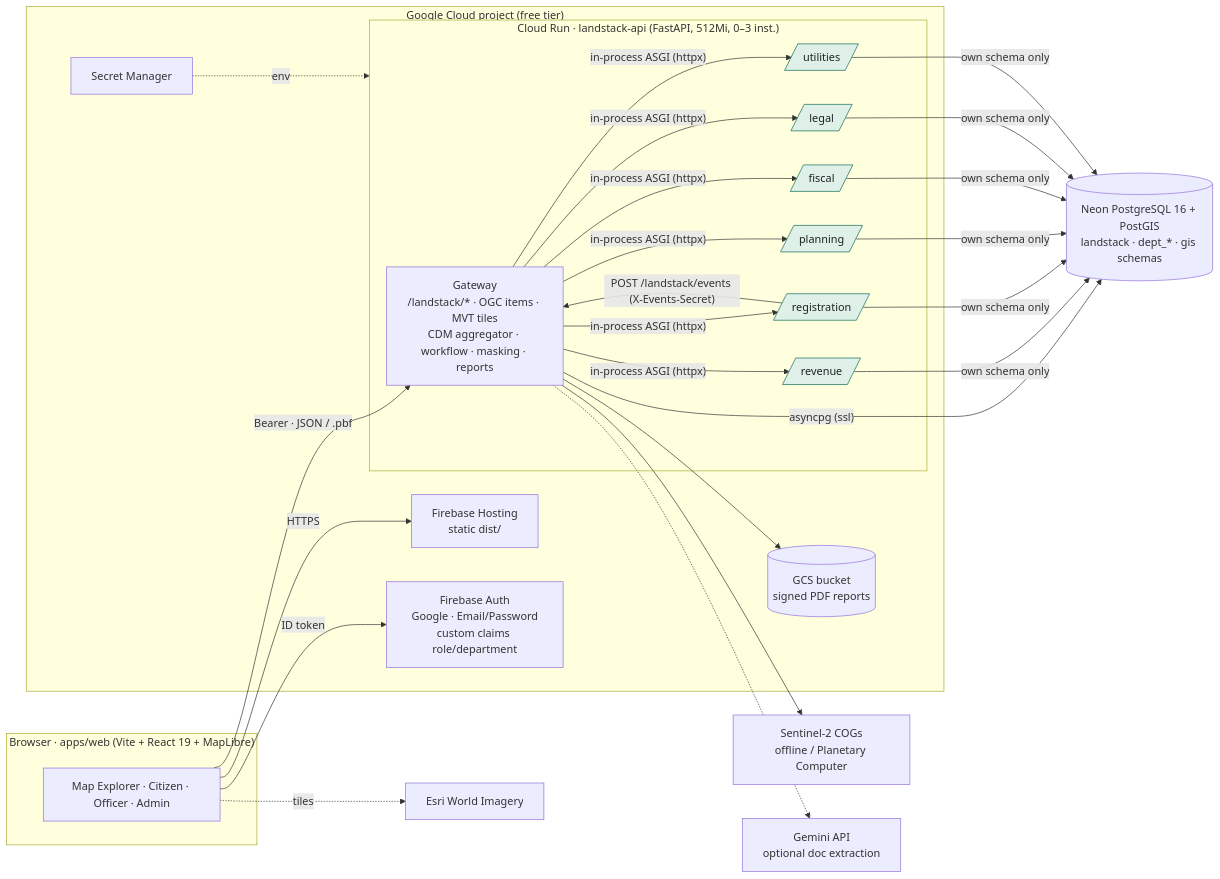
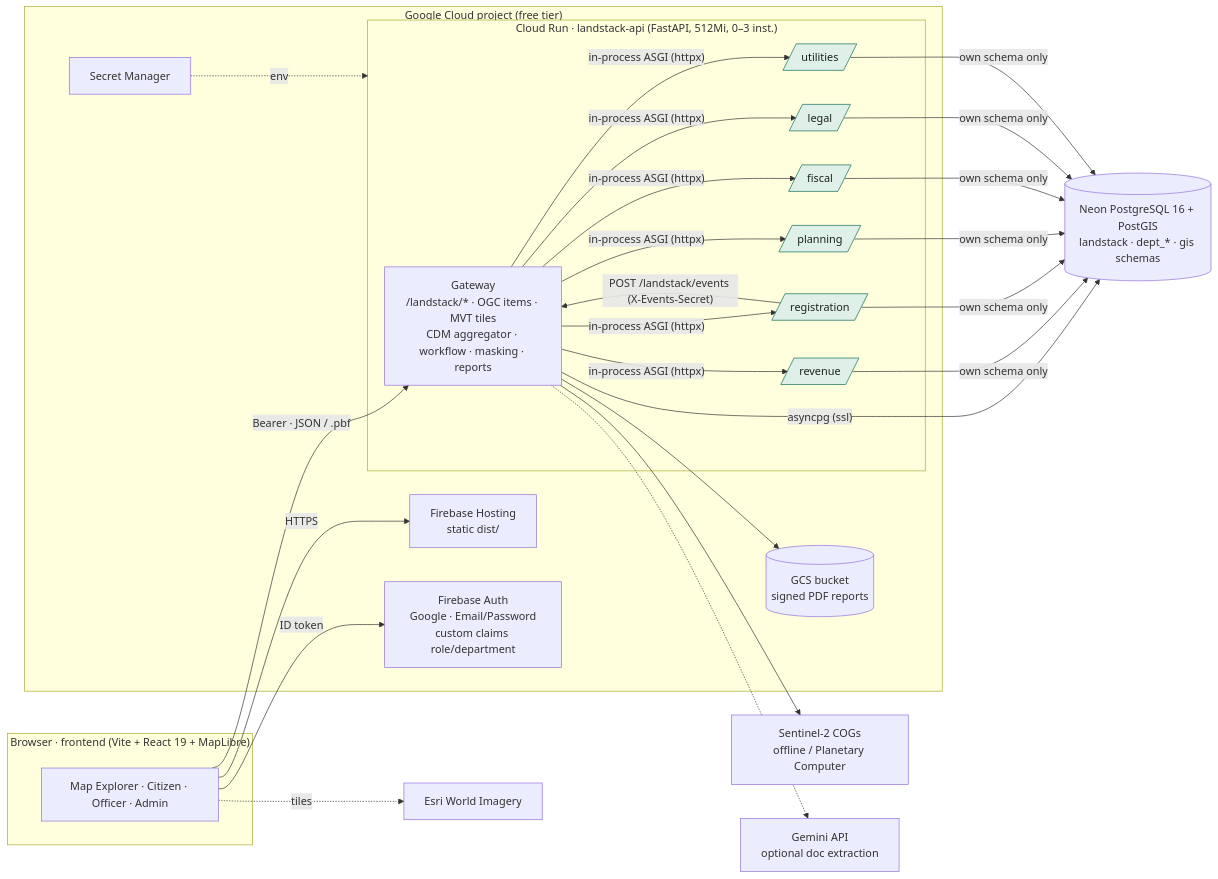
Before and after one commit to kbs6108/Hexaverse2: the diagram in README.md, drawn with Mermaid. The commit also changed other lines of this file and 75 other files, not shown here.

Commit message:
refactor: move web app to root frontend directory and update docker config

````diff
--- a/README.md
+++ b/README.md
@@ -19,39 +19,39 @@
 ```mermaid
 flowchart LR
-  subgraph Client["Browser · apps/web (Vite + React 19 + MapLibre)"]
+  subgraph Client["Browser · frontend (Vite + React 19 + MapLibre)"]
     UI[Map Explorer · Citizen · Officer · Admin]
   end
   subgraph GCP["Google Cloud project (free tier)"]
     FH[Firebase Hosting<br/>static dist/]
     FA[Firebase Auth<br/>Google · Email/Password<br/>custom claims role/department]
     subgraph CR["Cloud Run · landstack-api (FastAPI, 512Mi, 0–3 inst.)"]
       GW[Gateway<br/>/landstack/* · OGC items · MVT tiles<br/>CDM aggregator · workflow · masking · reports]
       REV[/revenue/]:::d
       REG[/registration/]:::d
       PLN[/planning/]:::d
       FIS[/fiscal/]:::d
       LEG[/legal/]:::d
       UTL[/utilities/]:::d
     end
     SM[Secret Manager]
     GCS[(GCS bucket<br/>signed PDF reports)]
   end
   NEON[(Neon PostgreSQL 16 + PostGIS<br/>landstack · dept_* · gis schemas)]
   ESRI[Esri World Imagery]
   S2[Sentinel-2 COGs<br/>offline / Planetary Computer]
   GEM[Gemini API<br/>optional doc extraction]
 
   UI -- HTTPS --> FH
   UI -- ID token --> FA
   UI -- "Bearer <token> · JSON / .pbf" --> GW
   UI -. tiles .-> ESRI
   GW -- in-process ASGI (httpx) --> REV & REG & PLN & FIS & LEG & UTL
   REG -- "POST /landstack/events (X-Events-Secret)" --> GW
   GW -- asyncpg (ssl) --> NEON
   REV & REG & PLN & FIS & LEG & UTL -- own schema only --> NEON
   GW --> GCS
   GW --> S2
   GW -.-> GEM
   SM -. env .-> CR
   classDef d fill:#dff0e9,stroke:#0e6b54,color:#1d2320;
 ```
````
